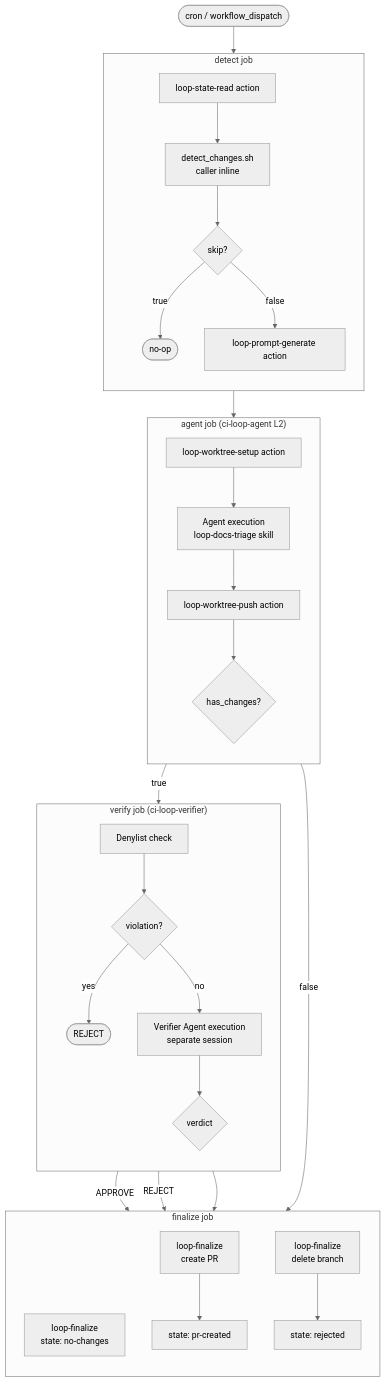
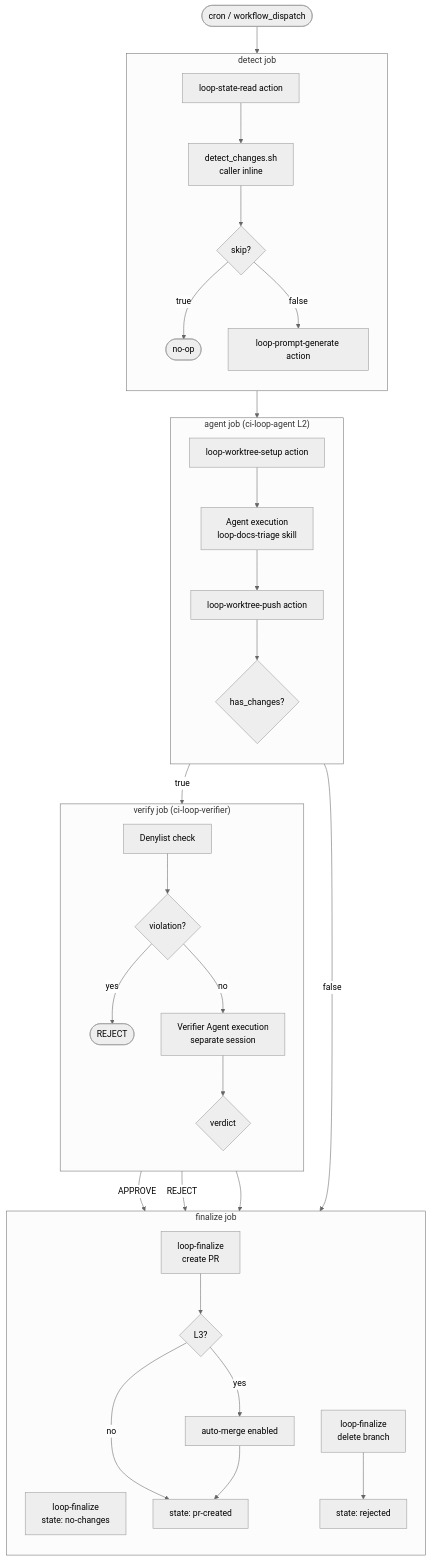
Before and after one commit to y-miyazaki/config: the first of 2 diagrams in docs/explanation/loop-engineering-design.md, drawn with Mermaid (neutral theme). The commit also changed 2 other files, not shown here.

Commit message:
Update documentation for loop-finalize and GitHub workflows
- Enhanced the GitHub Workflows Design documentation to clarify that `loop-finalize` enables auto-merge at L3 after PR creation, requiring specific branch protection rules.
- Updated the Loop Engineering Design documentation to reflect changes in the workflow architecture, detailing the auto-merge process.
- Revised the specification for `loop-finalize` to include the auto-merge functionality, improving clarity on its purpose and usage.

````diff
--- a/docs/explanation/loop-engineering-design.md
+++ b/docs/explanation/loop-engineering-design.md
@@ -111,46 +111,49 @@
 ```mermaid
 flowchart TD
     %% Trigger
     trigger([cron / workflow_dispatch]) --> detect
 
     %% Detect Job
     subgraph detect["detect job"]
         direction TB
         D1[loop-state-read action] --> D2[detect_changes.sh<br/>caller inline]
         D2 --> D3{skip?}
         D3 -->|true| D_END([no-op])
         D3 -->|false| D4[loop-prompt-generate action]
     end
 
     %% Agent Job
     D4 --> agent
     subgraph agent["agent job (ci-loop-agent L2)"]
         direction TB
         A1[loop-worktree-setup action] --> A2[Agent execution<br/>loop-docs-triage skill]
         A2 --> A3[loop-worktree-push action]
         A3 --> A4{has_changes?}
     end
 
     %% Verify Job
     A4 -->|true| verify
     A4 -->|false| finalize_no
     subgraph verify["verify job (ci-loop-verifier)"]
         direction TB
         V1[Denylist check] --> V2{violation?}
         V2 -->|yes| V_REJECT([REJECT])
         V2 -->|no| V3[Verifier Agent execution<br/>separate session]
         V3 --> V4{verdict}
     end
 
     %% Finalize Job
     V4 -->|APPROVE| finalize_approve
     V4 -->|REJECT| finalize_reject
     V_REJECT --> finalize_reject
 
     subgraph finalize["finalize job"]
         direction TB
-        finalize_approve[loop-finalize<br/>create PR] --> F_STATE[state: pr-created]
+        finalize_approve[loop-finalize<br/>create PR] --> F_AUTO{L3?}
+        F_AUTO -->|yes| F_MERGE[auto-merge enabled]
+        F_AUTO -->|no| F_STATE[state: pr-created]
+        F_MERGE --> F_STATE
         finalize_reject[loop-finalize<br/>delete branch] --> F_STATE2[state: rejected]
         finalize_no[loop-finalize<br/>state: no-changes]
     end
 ```
````
